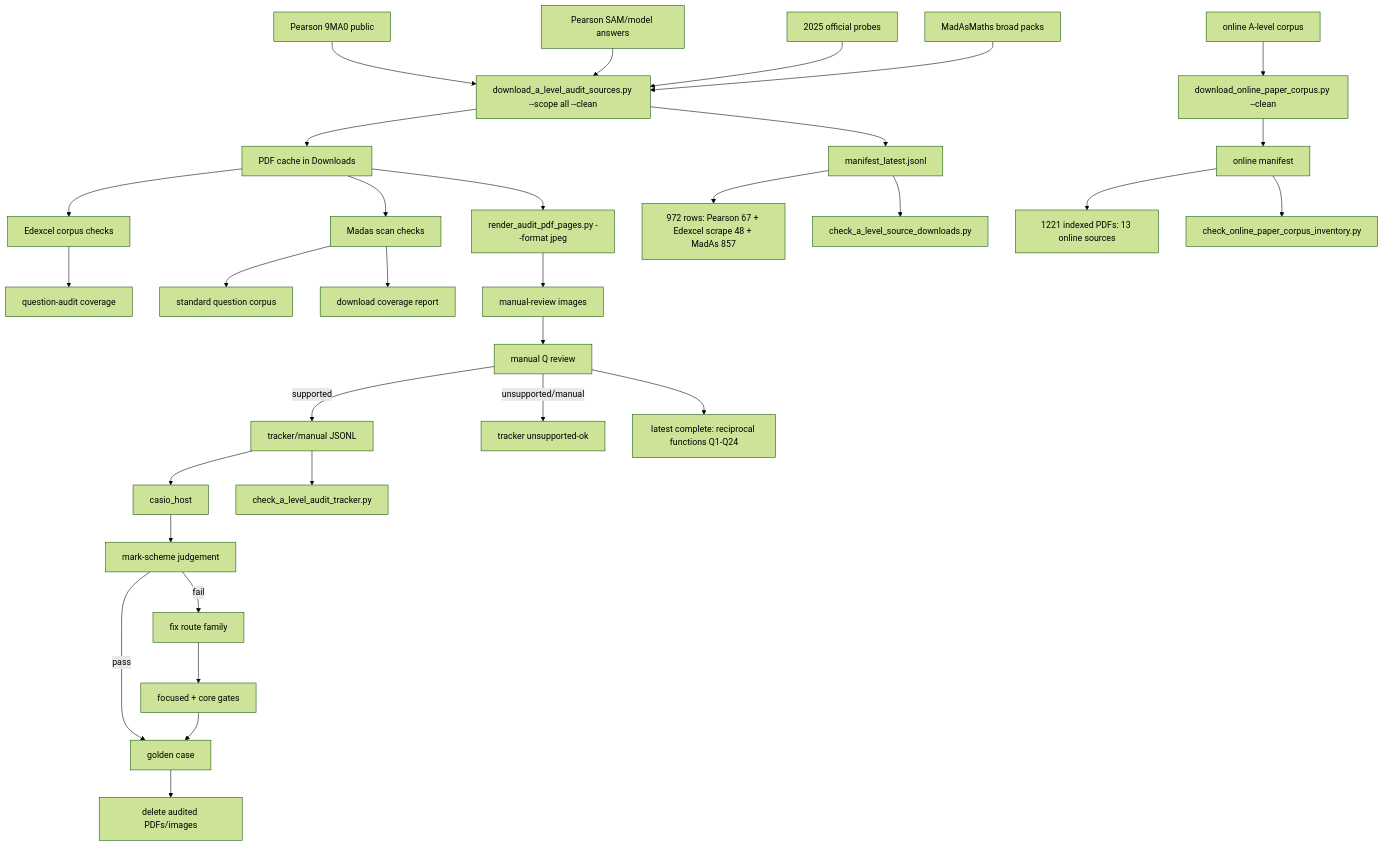
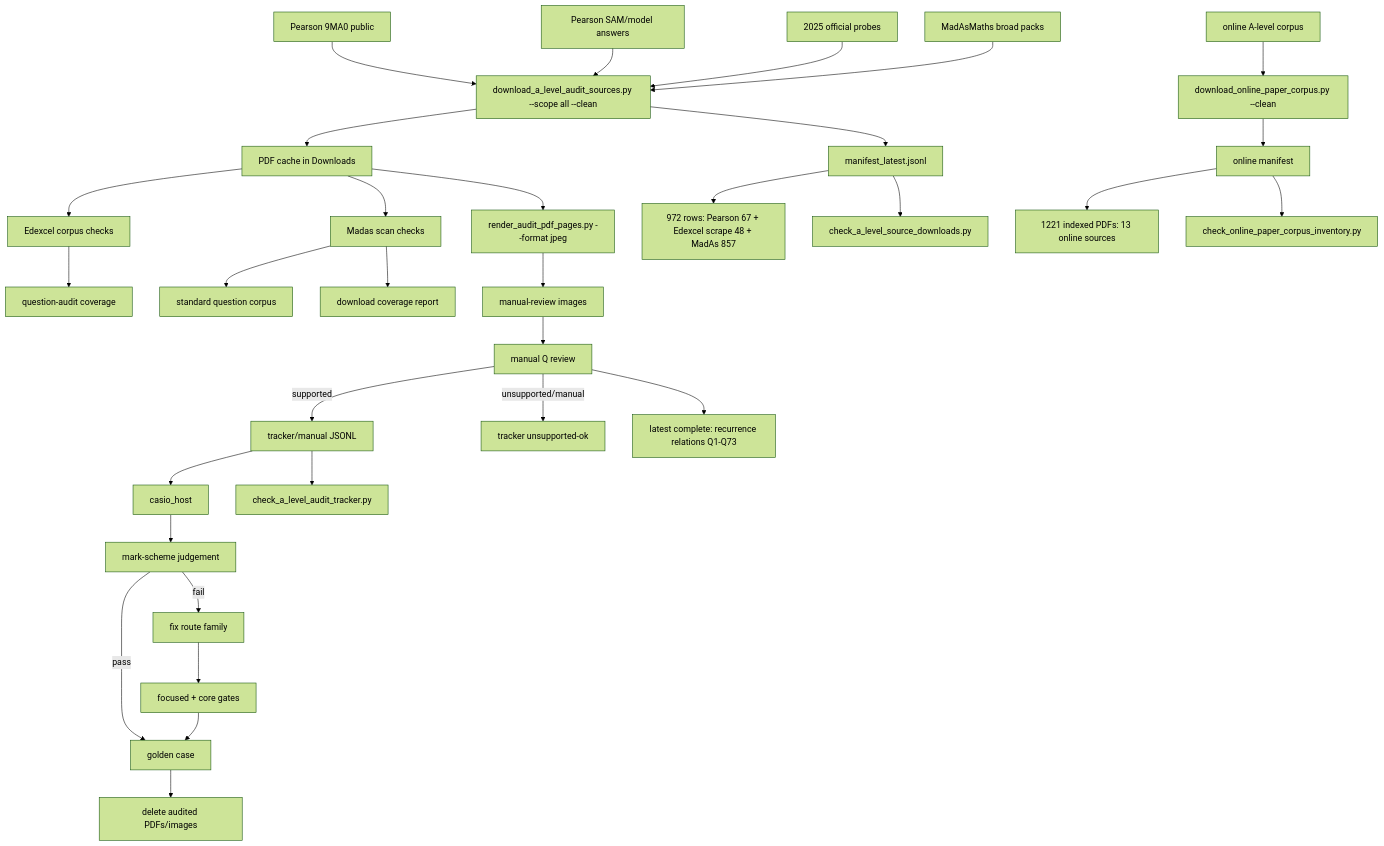
The diagram in c++/tools/golden/a_level_audit_graph.md (james8464/notes-addin-casio-fx-cg50), drawn with Mermaid (forest theme) before and after one commit. The commit also changed other lines of this file and 2 other files, not shown here.

Commit message:
Audit recurrence relations booklet

````diff
--- a/c++/tools/golden/a_level_audit_graph.md
+++ b/c++/tools/golden/a_level_audit_graph.md
@@ -3,34 +3,34 @@
 ```mermaid
 graph TD
   E1["Pearson 9MA0 public"] --> D["download_a_level_audit_sources.py --scope all --clean"]
   E2["Pearson SAM/model answers"] --> D
   E3["2025 official probes"] --> D
   M1["MadAsMaths broad packs"] --> D
   O1["online A-level corpus"] --> OD["download_online_paper_corpus.py --clean"]
   D --> P["PDF cache in Downloads"]
   D --> X["manifest_latest.jsonl"]
   OD --> OX["online manifest"]
   X --> XC["972 rows: Pearson 67 + Edexcel scrape 48 + MadAs 857"]
   OX --> OC["1221 indexed PDFs: 13 online sources"]
   X --> V["check_a_level_source_downloads.py"]
   OX --> OV["check_online_paper_corpus_inventory.py"]
   P --> E["Edexcel corpus checks"]
   E --> EQ["question-audit coverage"]
   P --> S["Madas scan checks"]
   S --> M["standard question corpus"]
   S --> MC["download coverage report"]
   P --> R["render_audit_pdf_pages.py --format jpeg"]
   R --> I["manual-review images"]
   I --> Q["manual Q review"]
   Q -->|supported| J["tracker/manual JSONL"]
   Q -->|unsupported/manual| U["tracker unsupported-ok"]
   J --> H["casio_host"]
   J --> K["check_a_level_audit_tracker.py"]
   H --> C["mark-scheme judgement"]
   C -->|pass| G["golden case"]
   C -->|fail| F["fix route family"]
   F --> T["focused + core gates"]
   T --> G
   G --> Z["delete audited PDFs/images"]
-  Q --> QRecip["latest complete: reciprocal functions Q1-Q24"]
+  Q --> QRec["latest complete: recurrence relations Q1-Q73"]
 ```
````
